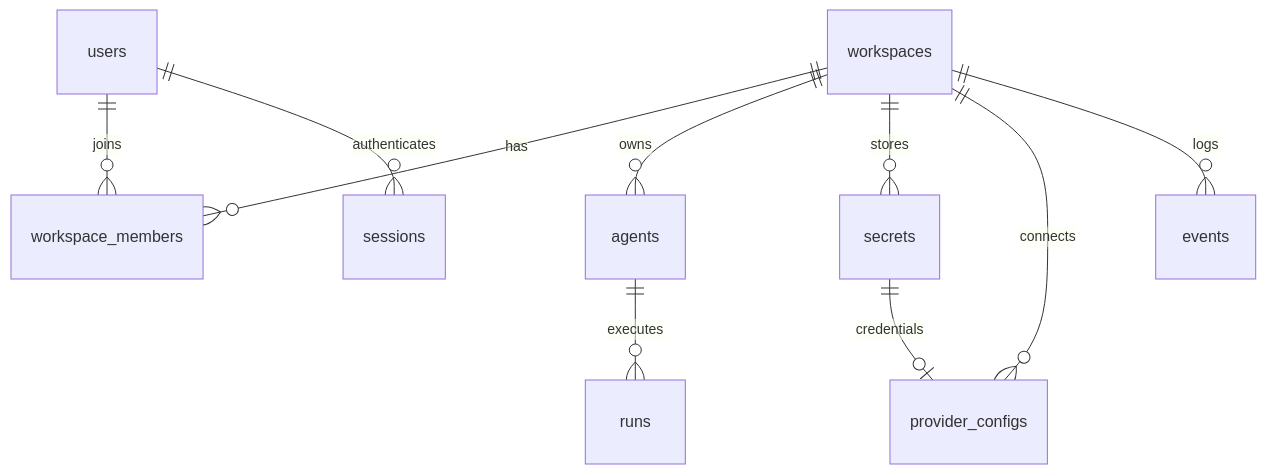
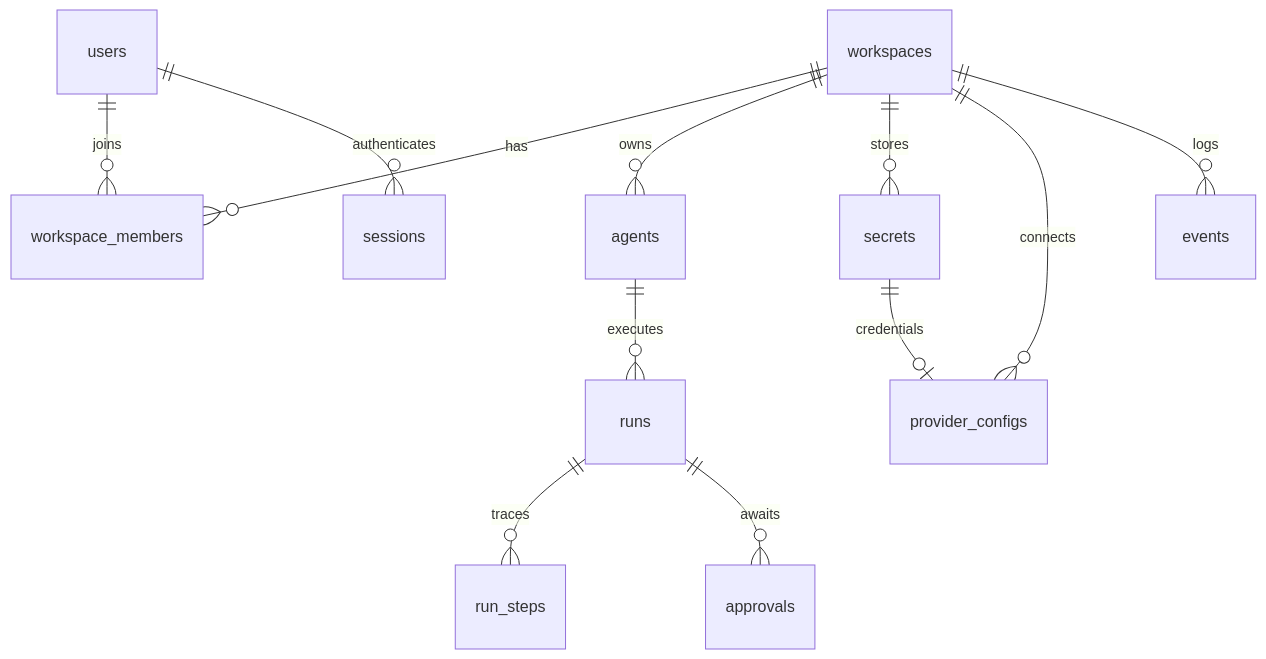
One commit to bridge-agents/bridge-os changed the second of 2 diagrams in ARCHITECTURE.md. Above: the diagram before and after it, drawn with Mermaid. The commit also changed other lines of this file and 33 other files, not shown here.

````diff
--- a/ARCHITECTURE.md
+++ b/ARCHITECTURE.md
@@ -225,12 +262,14 @@
 ```mermaid
 erDiagram
     workspaces ||--o{ workspace_members : has
     users ||--o{ workspace_members : joins
     users ||--o{ sessions : authenticates
     workspaces ||--o{ agents : owns
+    runs ||--o{ run_steps : traces
+    runs ||--o{ approvals : awaits
     workspaces ||--o{ secrets : stores
     workspaces ||--o{ provider_configs : connects
     secrets ||--o| provider_configs : credentials
     agents ||--o{ runs : executes
     workspaces ||--o{ events : logs
 ```
````
